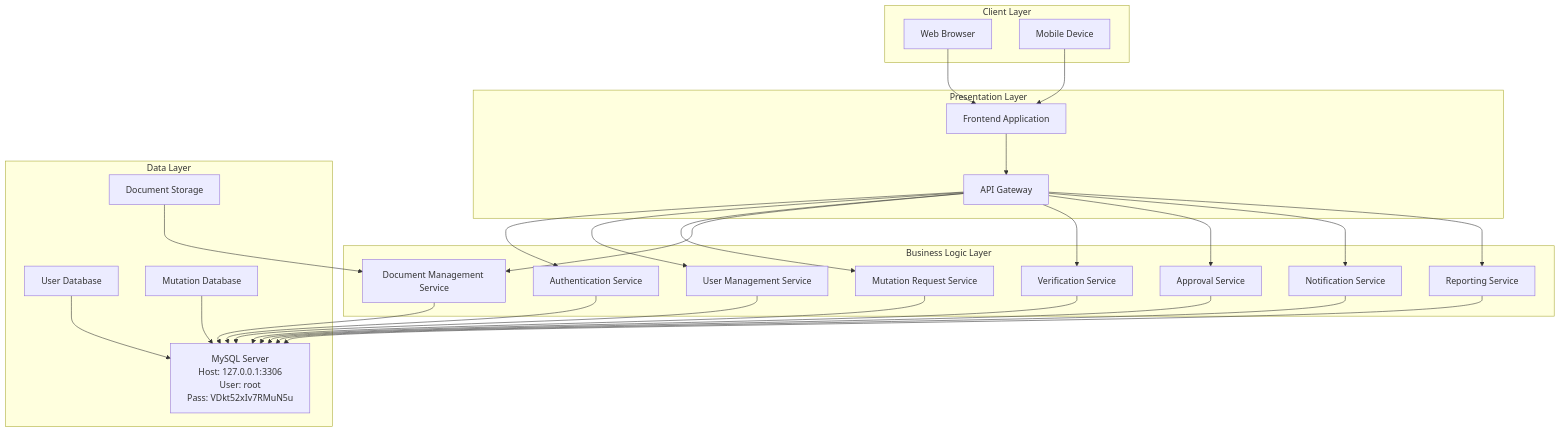
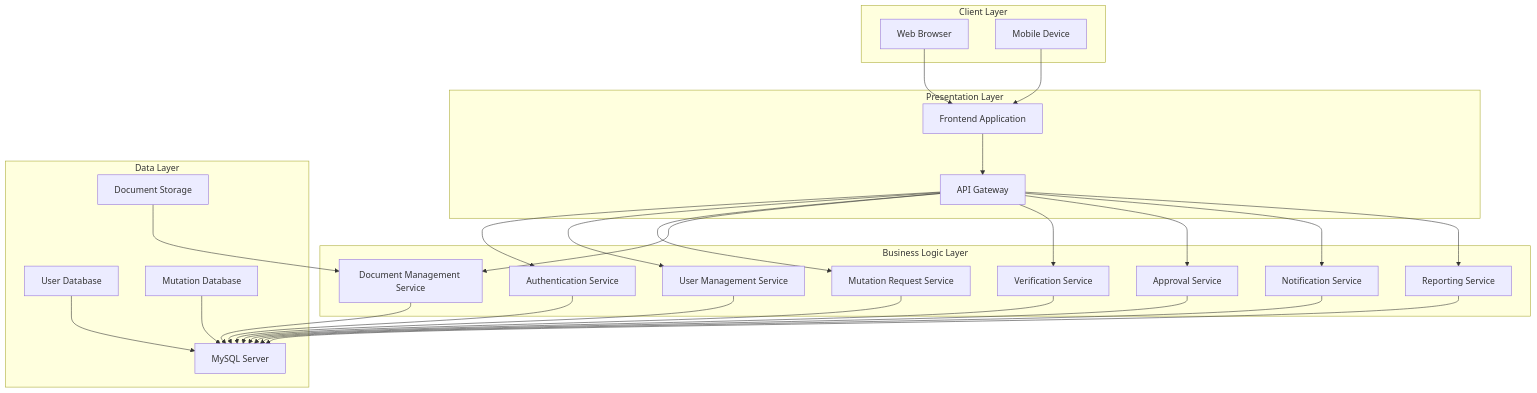
The first of 11 diagrams in simutasi/simutasi_Software_Design_Description_(SDD).md (alibungker/superapp), drawn with Mermaid before and after one commit. The commit also changed other lines of this file, not shown here.

````diff
--- a/simutasi/simutasi_Software_Design_Description_(SDD).md
+++ b/simutasi/simutasi_Software_Design_Description_(SDD).md
@@ -51,53 +51,53 @@
 ```mermaid
 graph TB
     subgraph "Client Layer"
         A[Web Browser]
         B[Mobile Device]
     end
     
     subgraph "Presentation Layer"
         C[Frontend Application]
         D[API Gateway]
     end
     
     subgraph "Business Logic Layer"
         E[Authentication Service]
         F[User Management Service]
         G[Mutation Request Service]
         H[Document Management Service]
         I[Verification Service]
         J[Approval Service]
         K[Notification Service]
         L[Reporting Service]
     end
     
     subgraph "Data Layer"
         M[User Database]
         N[Mutation Database]
         O[Document Storage]
-        P[MySQL Server<br/>Host: 127.0.0.1:3306<br/>User: root<br/>Pass: VDkt52xIv7RMuN5u]
+        P[MySQL Server]
     end
     
     A --> C
     B --> C
     C --> D
     D --> E
     D --> F
     D --> G
     D --> H
     D --> I
     D --> J
     D --> K
     D --> L
     E --> P
     F --> P
     G --> P
     H --> P
     I --> P
     J --> P
     K --> P
     L --> P
     M --> P
     N --> P
     O --> H
 ```
````
